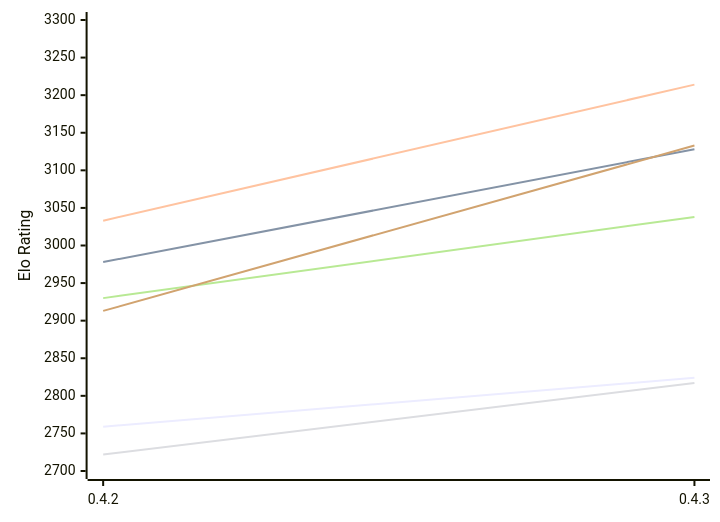
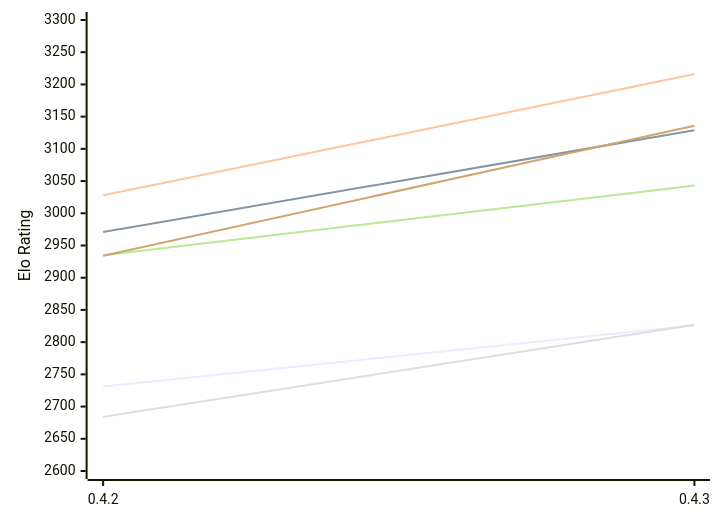
The first of 2 diagrams in engines/Dual.md (computer-chess-index/cci), drawn with Mermaid before and after one commit. The commit also changed other lines of this file, not shown here.

Commit message:
Update CCI Ratings (ELO VLTC) - 2026-11-17

````diff
--- a/engines/Dual.md
+++ b/engines/Dual.md
@@ -56,12 +56,12 @@
 ```mermaid
 %%{init: {"theme":"base","themeVariables":{"seriesColors:['#a3a3a3','#222221','#faa371']}}}%%
 xychart-beta
   x-axis ["0.4.2", "0.4.3"]
-  y-axis "Elo Rating" 2700 --> 3300
-  line "E1: STC (8.0+0.08s)" [2759, 2824]
-  line "E1: LTC (60.0+0.60s)" [2978, 3128]
-  line "E1: VLTC (2m24s+1.12s)" [3033, 3214]
-  line "P1: STC (8.0+0.08s)" [2722, 2817]
-  line "P1: LTC (60.0+0.60s)" [2930, 3038]
-  line "P1: VLTC (2m24s+1.12s)" [2913, 3133]
+  y-axis "Elo Rating" 2600 --> 3300
+  line "E1: STC (8.0+0.08s)" [2731, 2826]
+  line "E1: LTC (60.0+0.60s)" [2971, 3129]
+  line "E1: VLTC (2m24s+1.12s)" [3028, 3216]
+  line "P1: STC (8.0+0.08s)" [2684, 2827]
+  line "P1: LTC (60.0+0.60s)" [2935, 3043]
+  line "P1: VLTC (2m24s+1.12s)" [2934, 3136]
 ```
````
